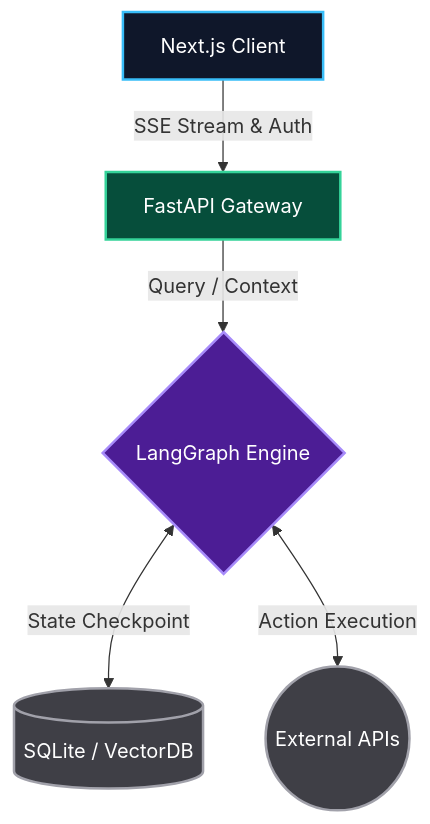
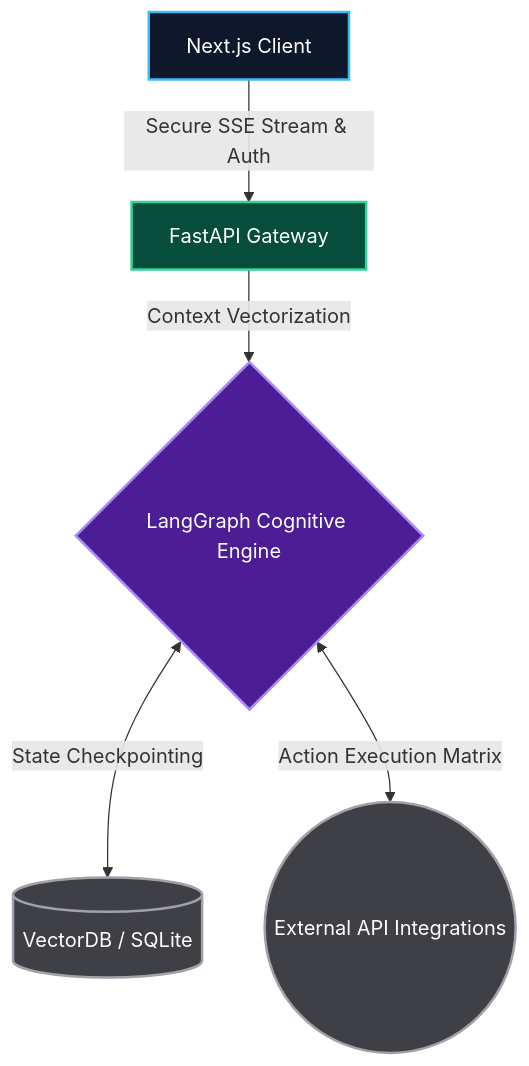
Before and after one commit to AdityaK05/AI_Lfe_OS: the first of 2 diagrams in README.md, drawn with Mermaid. The commit also changed other lines of this file, not shown here.

````diff
--- a/README.md
+++ b/README.md
@@ -34,18 +29,18 @@
 ```mermaid
 graph TD
-    A[Next.js Client] -->|SSE Stream & Auth| B[FastAPI Gateway]
-    B -->|Query / Context| C{LangGraph Engine}
-    C <-->|State Checkpoint| D[(SQLite / VectorDB)]
-    C <-->|Action Execution| E((External APIs))
+    A[Next.js Client] -->|Secure SSE Stream & Auth| B[FastAPI Gateway]
+    B -->|Context Vectorization| C{LangGraph Cognitive Engine}
+    C <-->|State Checkpointing| D[(VectorDB / SQLite)]
+    C <-->|Action Execution Matrix| E((External API Integrations))
     
     classDef client fill:#0f172a,stroke:#38bdf8,stroke-width:2px,color:#fff;
     classDef gateway fill:#064e3b,stroke:#34d399,stroke-width:2px,color:#fff;
     classDef engine fill:#4c1d95,stroke:#a78bfa,stroke-width:2px,color:#fff;
     classDef db fill:#3f3f46,stroke:#a1a1aa,stroke-width:2px,color:#fff;
     
     class A client;
     class B gateway;
     class C engine;
     class D db;
     class E db;
 ```
````
